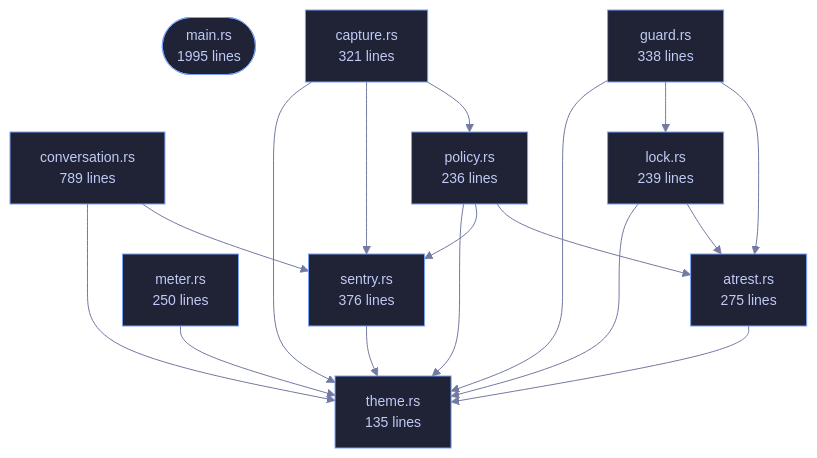
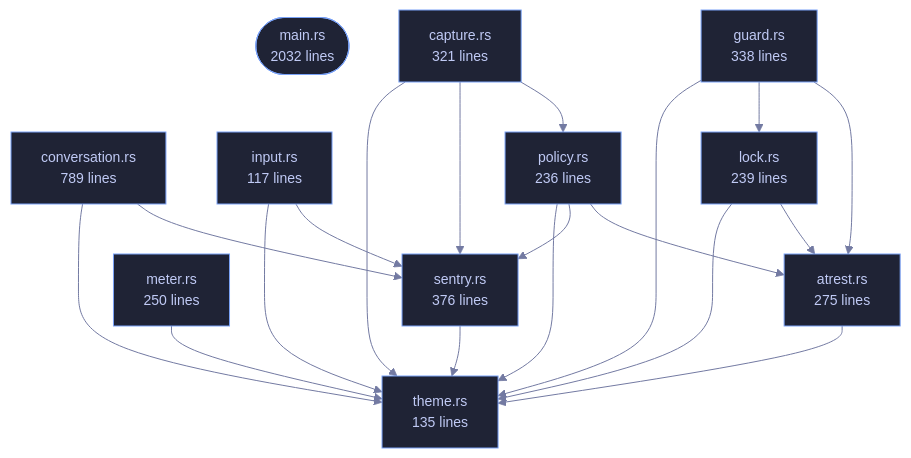
Before and after one commit to tilas01/veilvoice: the diagram in crates/veilvoice-cli/README.md, drawn with Mermaid. The commit also changed other lines of this file and 76 other files, not shown here.

````diff
--- a/crates/veilvoice-cli/README.md
+++ b/crates/veilvoice-cli/README.md
@@ -110,40 +110,44 @@
 ```mermaid
 %%{init: {"theme":"base","themeVariables":{"background":"#1a1b26","primaryColor":"#1f2335","primaryTextColor":"#c0caf5","primaryBorderColor":"#7aa2f7","secondaryColor":"#16161e","tertiaryColor":"#16161e","lineColor":"#737aa2","textColor":"#c0caf5","mainBkg":"#1f2335","nodeBorder":"#7aa2f7","clusterBkg":"#16161e","clusterBorder":"#2f3549","fontFamily":"ui-monospace, SFMono-Regular, Consolas, monospace","fontSize":"14px"}}}%%
 flowchart TD
-    n_main(["main.rs<br/>1995 lines"])
+    n_main(["main.rs<br/>2032 lines"])
     n_atrest["atrest.rs<br/>275 lines"]
     n_capture["capture.rs<br/>321 lines"]
     n_conversation["conversation.rs<br/>789 lines"]
     n_guard["guard.rs<br/>338 lines"]
+    n_input["input.rs<br/>117 lines"]
     n_lock["lock.rs<br/>239 lines"]
     n_meter["meter.rs<br/>250 lines"]
     n_policy["policy.rs<br/>236 lines"]
     n_sentry["sentry.rs<br/>376 lines"]
     n_theme["theme.rs<br/>135 lines"]
     n_atrest --> n_theme
     n_capture --> n_policy
     n_capture --> n_sentry
     n_capture --> n_theme
     n_conversation --> n_sentry
     n_conversation --> n_theme
     n_guard --> n_atrest
     n_guard --> n_lock
     n_guard --> n_theme
+    n_input --> n_sentry
+    n_input --> n_theme
     n_lock --> n_atrest
     n_lock --> n_theme
     n_meter --> n_theme
     n_policy --> n_atrest
     n_policy --> n_sentry
     n_policy --> n_theme
     n_sentry --> n_theme
     click n_main href "https://github.com/tilas01/veilvoice/blob/main/crates/veilvoice-cli/src/main.rs" "open the source"
     click n_atrest href "https://github.com/tilas01/veilvoice/blob/main/crates/veilvoice-cli/src/atrest.rs" "open the source"
     click n_capture href "https://github.com/tilas01/veilvoice/blob/main/crates/veilvoice-cli/src/capture.rs" "open the source"
     click n_conversation href "https://github.com/tilas01/veilvoice/blob/main/crates/veilvoice-cli/src/conversation.rs" "open the source"
     click n_guard href "https://github.com/tilas01/veilvoice/blob/main/crates/veilvoice-cli/src/guard.rs" "open the source"
+    click n_input href "https://github.com/tilas01/veilvoice/blob/main/crates/veilvoice-cli/src/input.rs" "open the source"
     click n_lock href "https://github.com/tilas01/veilvoice/blob/main/crates/veilvoice-cli/src/lock.rs" "open the source"
     click n_meter href "https://github.com/tilas01/veilvoice/blob/main/crates/veilvoice-cli/src/meter.rs" "open the source"
     click n_policy href "https://github.com/tilas01/veilvoice/blob/main/crates/veilvoice-cli/src/policy.rs" "open the source"
     click n_sentry href "https://github.com/tilas01/veilvoice/blob/main/crates/veilvoice-cli/src/sentry.rs" "open the source"
     click n_theme href "https://github.com/tilas01/veilvoice/blob/main/crates/veilvoice-cli/src/theme.rs" "open the source"
 ```
````
